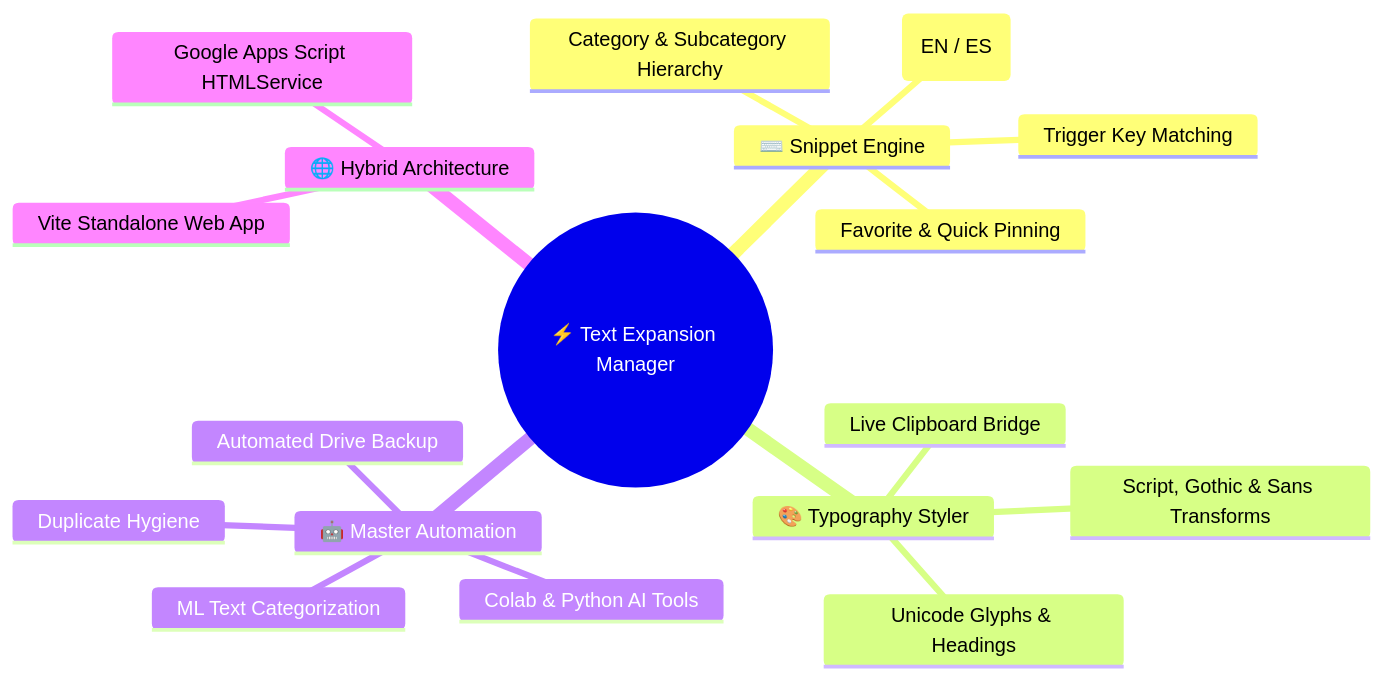
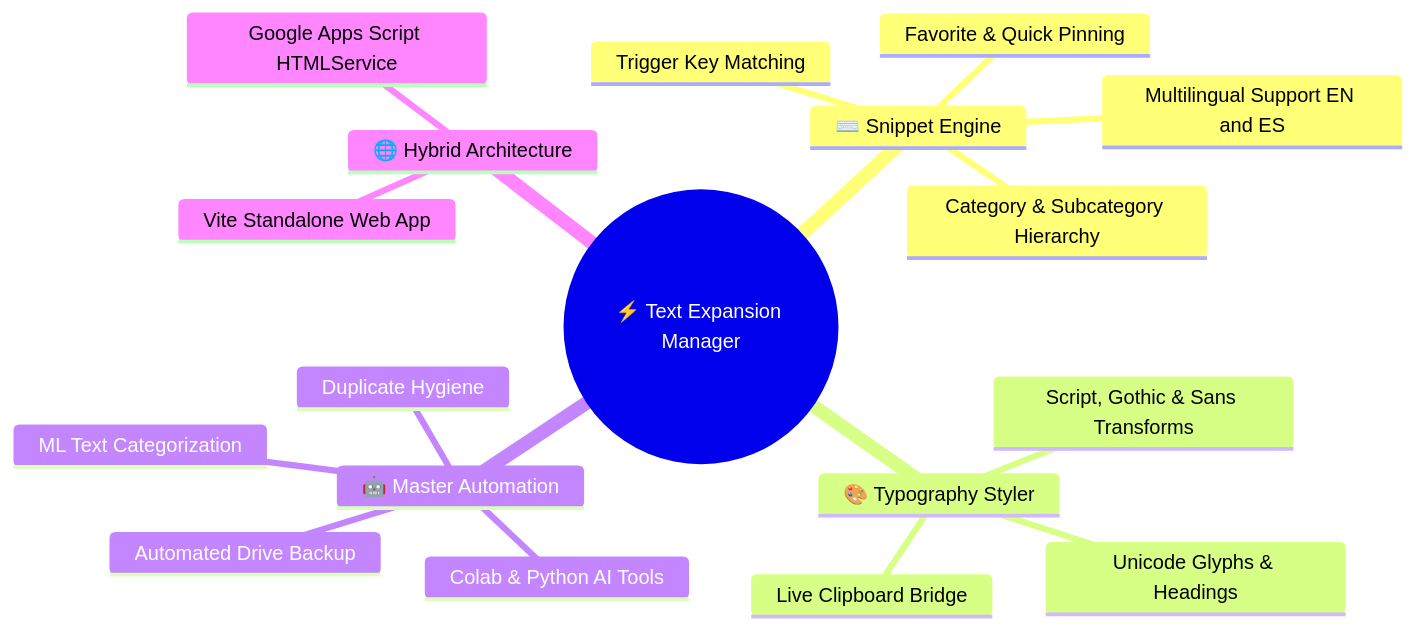
One commit to traikdude/Text-Expansion-Manager-06 changed the first of 2 diagrams in README.md. Above: the diagram before and after it, drawn with Mermaid.

Commit message:
fix(docs): escape Mermaid mindmap syntax

````diff
--- a/README.md
+++ b/README.md
@@ -64,21 +64,21 @@
 ```mermaid
 mindmap
   root((⚡ Text Expansion Manager))
     ⌨️ Snippet Engine
       Trigger Key Matching
-      Multilingual Support (EN / ES)
+      Multilingual Support EN and ES
       Category & Subcategory Hierarchy
       Favorite & Quick Pinning
     🎨 Typography Styler
       Unicode Glyphs & Headings
       Script, Gothic & Sans Transforms
       Live Clipboard Bridge
     🤖 Master Automation
       Colab & Python AI Tools
       ML Text Categorization
       Automated Drive Backup
       Duplicate Hygiene
     🌐 Hybrid Architecture
       Vite Standalone Web App
       Google Apps Script HTMLService
 ```
````
